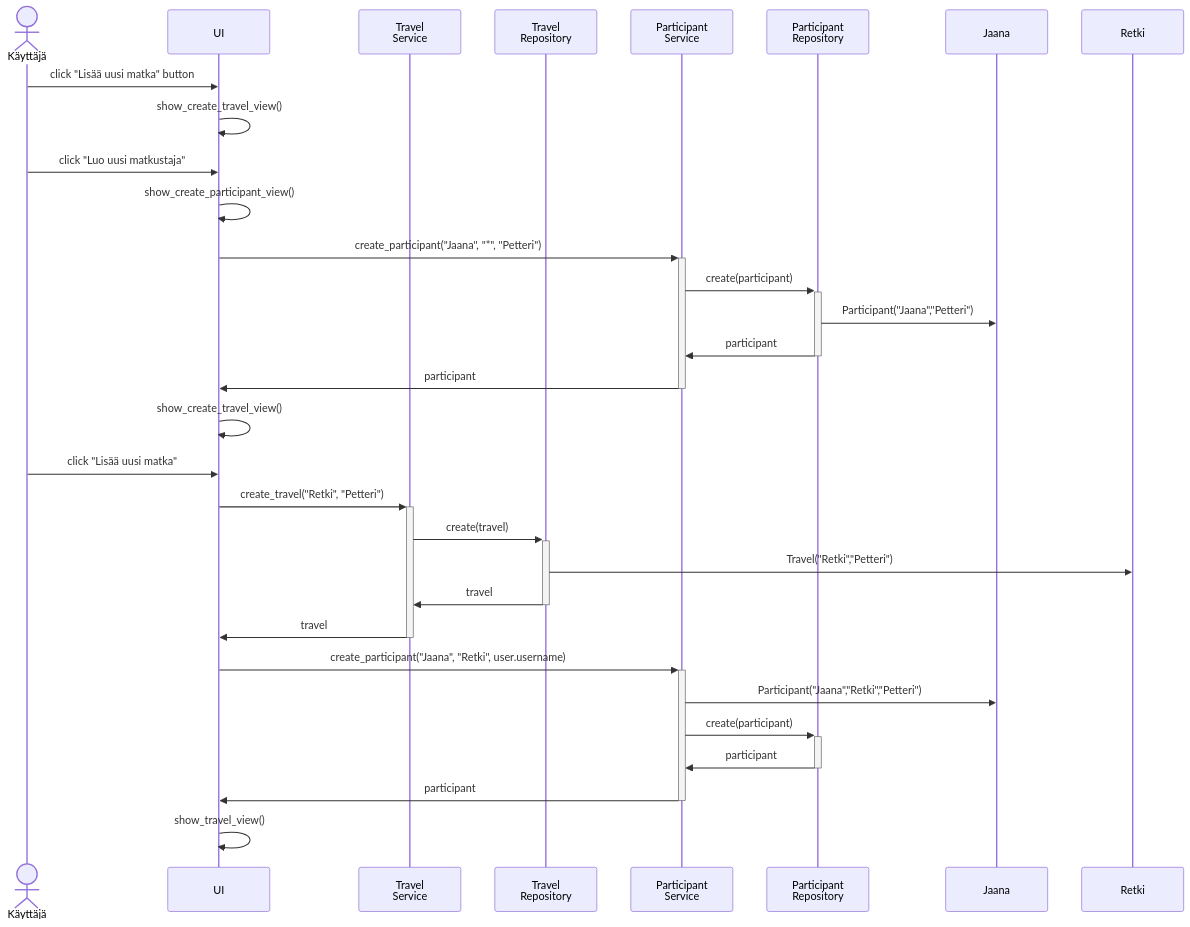
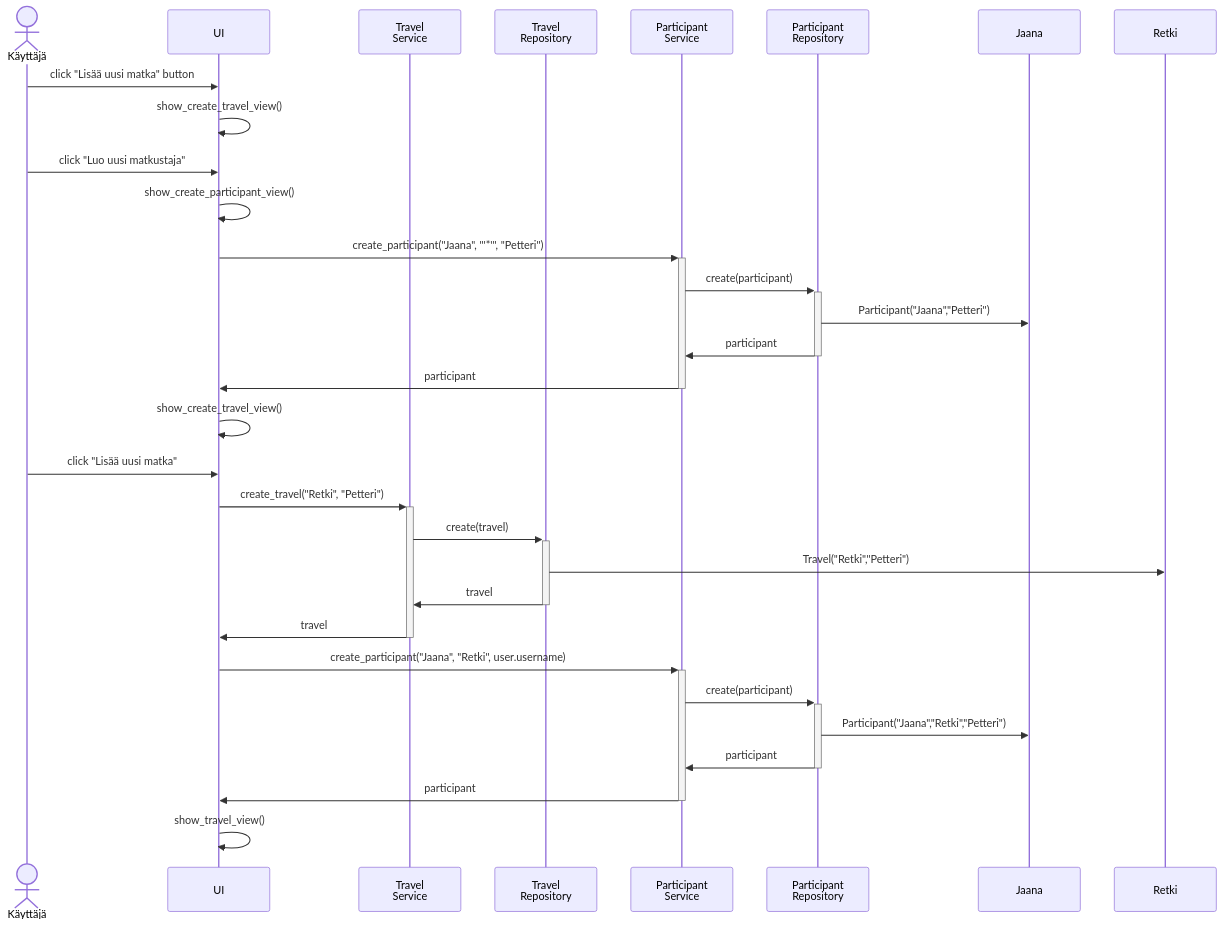
The third of 3 diagrams in travel-expense-calculator-app/dokumentaatio/arkkitehtuuri.md (phuvio/ot-harjoitustyo), drawn with Mermaid before and after one commit.

````diff
--- a/travel-expense-calculator-app/dokumentaatio/arkkitehtuuri.md
+++ b/travel-expense-calculator-app/dokumentaatio/arkkitehtuuri.md
@@ -71,34 +71,34 @@
 ```mermaid
  sequenceDiagram
    Actor K as Käyttäjä
    participant U as UI
    participant T as Travel <br> Service
    participant TR as Travel <br> Repository
    participant P as Participant <br> Service
    participant PR as Participant <br> Repository
    participant J as Jaana
    participant M as Retki
    K->>U: click "Lisää uusi matka" button
    U->>U: show_create_travel_view()
    K->>U: click "Luo uusi matkustaja"
    U->>U: show_create_participant_view()
-   U->>+P: create_participant("Jaana", "*", "Petteri")
+   U->>+P: create_participant("Jaana", "'*'", "Petteri")
    P->>+PR: create(participant)
    PR->>J: Participant("Jaana","Petteri")
    PR->>-P: participant
    P->>-U: participant
    U->>U: show_create_travel_view()
    K->>U: click "Lisää uusi matka"
    U->>+T: create_travel("Retki", "Petteri")
    T->>+TR: create(travel)
    TR->>M: Travel("Retki","Petteri")
    TR->>-T: travel
    T->>-U: travel
    U->>+P: create_participant("Jaana", "Retki", user.username)
-   P->>J: Participant("Jaana","Retki","Petteri")
    P->>+PR: create(participant)
+   PR->>J: Participant("Jaana","Retki","Petteri")
    PR->>-P: participant
    P->>-U: participant
    U->>U: show_travel_view()
 
 ```
````
